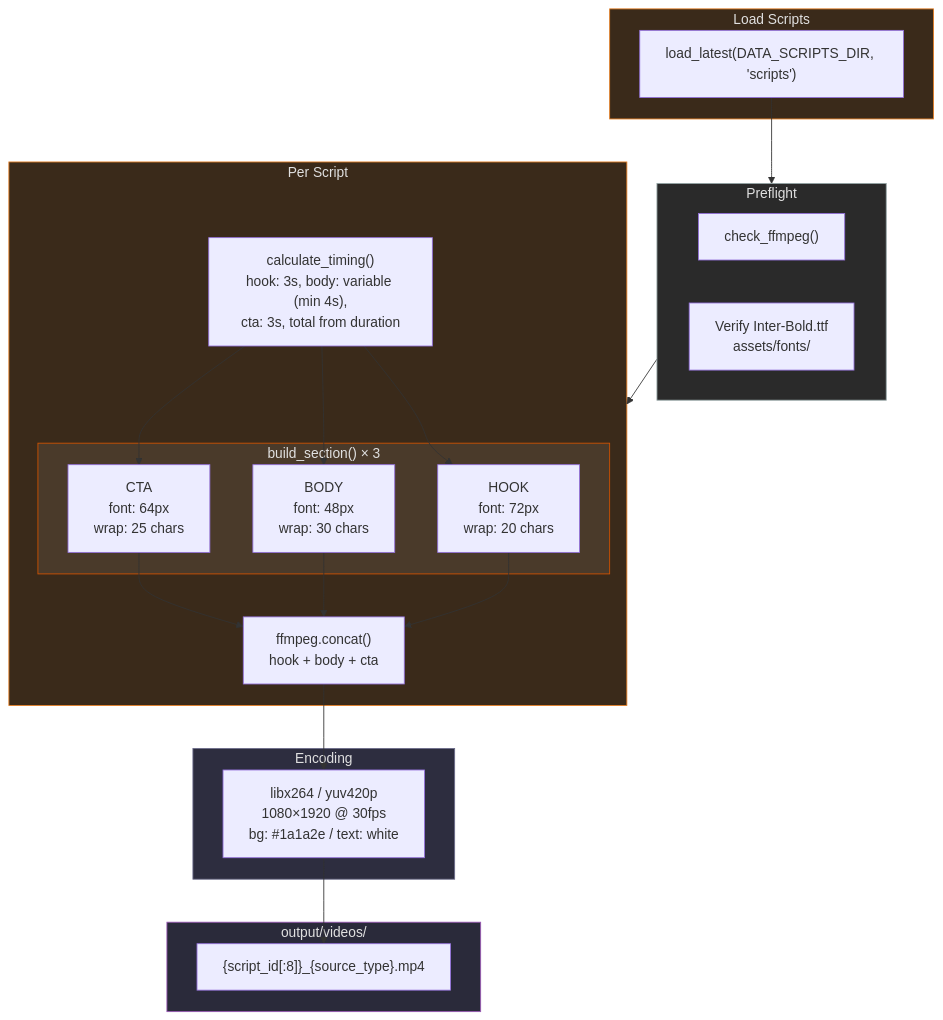
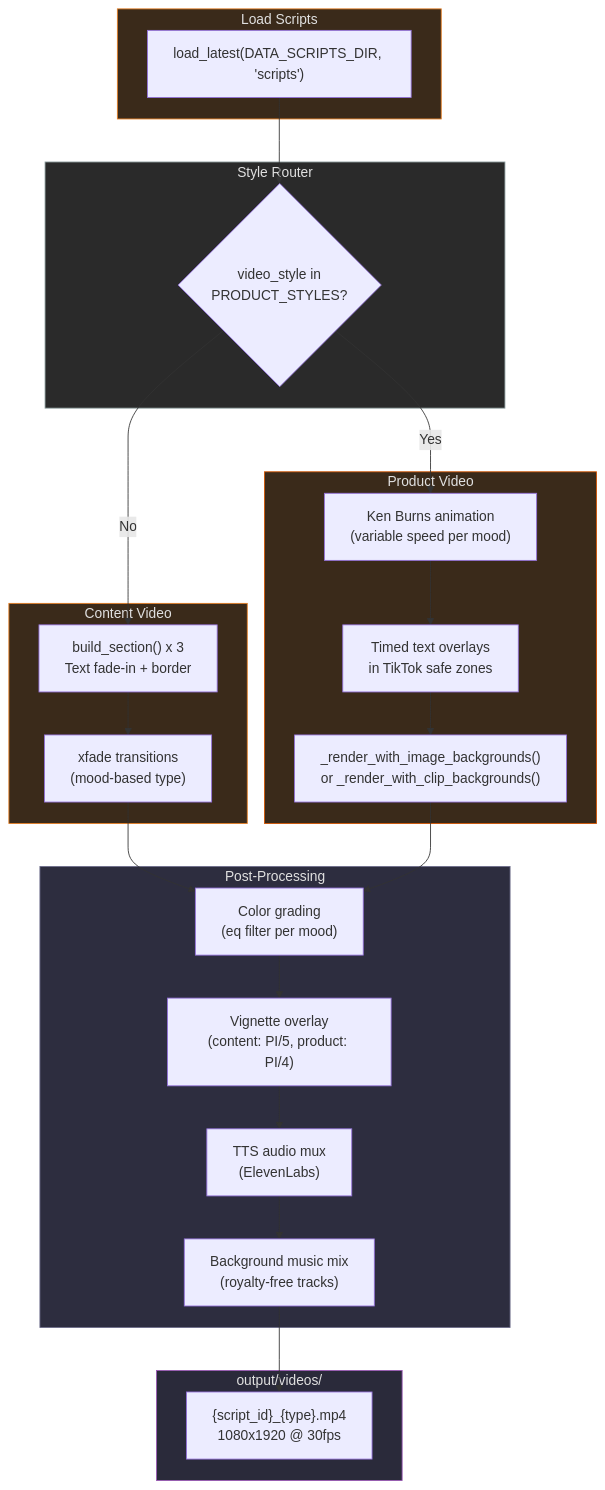
One commit to Heybigs3/Tiktok-shop-factory- changed the fourth of 6 diagrams in docs/ARCHITECTURE.md. Above: the diagram before and after it, drawn with Mermaid. The commit also changed other lines of this file and 92 other files, not shown here.

````diff
--- a/docs/ARCHITECTURE.md
+++ b/docs/ARCHITECTURE.md
@@ -171,45 +700,46 @@
 ```mermaid
 flowchart TD
     subgraph input["Load Scripts"]
         LS["load_latest(DATA_SCRIPTS_DIR, 'scripts')"]
     end
 
-    subgraph checks["Preflight"]
-        CF["check_ffmpeg()"]
-        FP["Verify Inter-Bold.ttf<br/>assets/fonts/"]
+    subgraph routing["Style Router"]
+        RT{"video_style in\nPRODUCT_STYLES?"}
     end
 
-    subgraph per_script["Per Script"]
-        CT["calculate_timing()<br/>hook: 3s, body: variable (min 4s),<br/>cta: 3s, total from duration"]
-
-        subgraph sections["build_section() × 3"]
-            S1["HOOK<br/>font: 72px<br/>wrap: 20 chars"]
-            S2["BODY<br/>font: 48px<br/>wrap: 30 chars"]
-            S3["CTA<br/>font: 64px<br/>wrap: 25 chars"]
-        end
-
-        CONCAT["ffmpeg.concat()<br/>hook + body + cta"]
+    subgraph content["Content Video"]
+        BS["build_section() x 3\nText fade-in + border"]
+        XF["xfade transitions\n(mood-based type)"]
     end
 
-    subgraph encode["Encoding"]
-        ENC["libx264 / yuv420p<br/>1080×1920 @ 30fps<br/>bg: #1a1a2e / text: white"]
+    subgraph product["Product Video"]
+        KB["Ken Burns animation\n(variable speed per mood)"]
+        TO["Timed text overlays\nin TikTok safe zones"]
+        IM["_render_with_image_backgrounds()\nor _render_with_clip_backgrounds()"]
+    end
+
+    subgraph effects["Post-Processing"]
+        CG["Color grading\n(eq filter per mood)"]
+        VG["Vignette overlay\n(content: PI/5, product: PI/4)"]
+        TTS["TTS audio mux\n(ElevenLabs)"]
+        BM["Background music mix\n(royalty-free tracks)"]
     end
 
     subgraph output["output/videos/"]
-        MP4["{script_id[:8]}_{source_type}.mp4"]
+        MP4["{script_id}_{type}.mp4\n1080x1920 @ 30fps"]
     end
 
-    LS --> checks --> per_script
-    CT --> S1 & S2 & S3
-    S1 --> CONCAT
-    S2 --> CONCAT
-    S3 --> CONCAT
-    CONCAT --> ENC --> MP4
+    LS --> RT
+    RT -->|"No"| BS --> XF
+    RT -->|"Yes"| KB --> TO --> IM
+    XF --> CG
+    IM --> CG
+    CG --> VG --> TTS --> BM --> MP4
 
     style input fill:#3a2a1a,stroke:#e67e22,color:#e0e0e0
-    style checks fill:#2a2a2a,stroke:#95a5a6,color:#e0e0e0
-    style per_script fill:#3a2a1a,stroke:#e67e22,color:#e0e0e0
-    style sections fill:#4a3a2a,stroke:#d35400,color:#e0e0e0
-    style encode fill:#2d2d3f,stroke:#6c6c8a,color:#e0e0e0
+    style routing fill:#2a2a2a,stroke:#95a5a6,color:#e0e0e0
+    style content fill:#3a2a1a,stroke:#e67e22,color:#e0e0e0
+    style product fill:#3a2a1a,stroke:#d35400,color:#e0e0e0
+    style effects fill:#2d2d3f,stroke:#6c6c8a,color:#e0e0e0
     style output fill:#2a2a3a,stroke:#9b59b6,color:#e0e0e0
 ```
````
